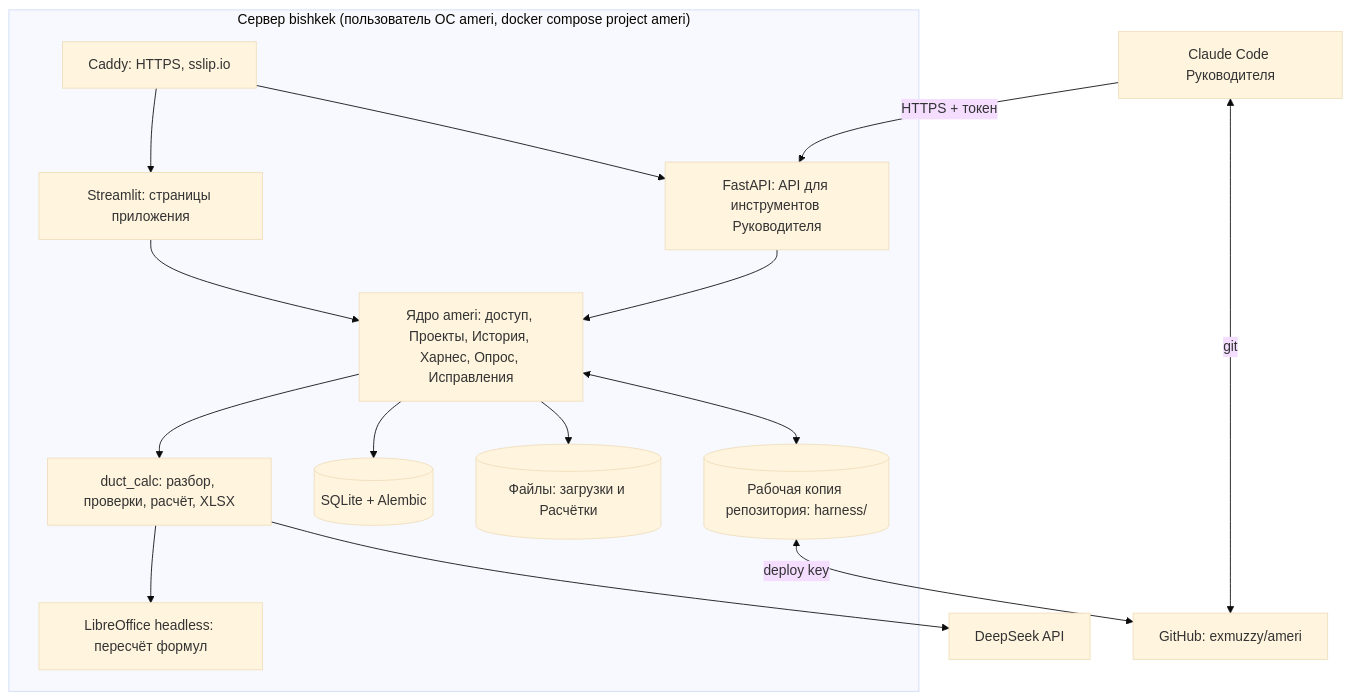
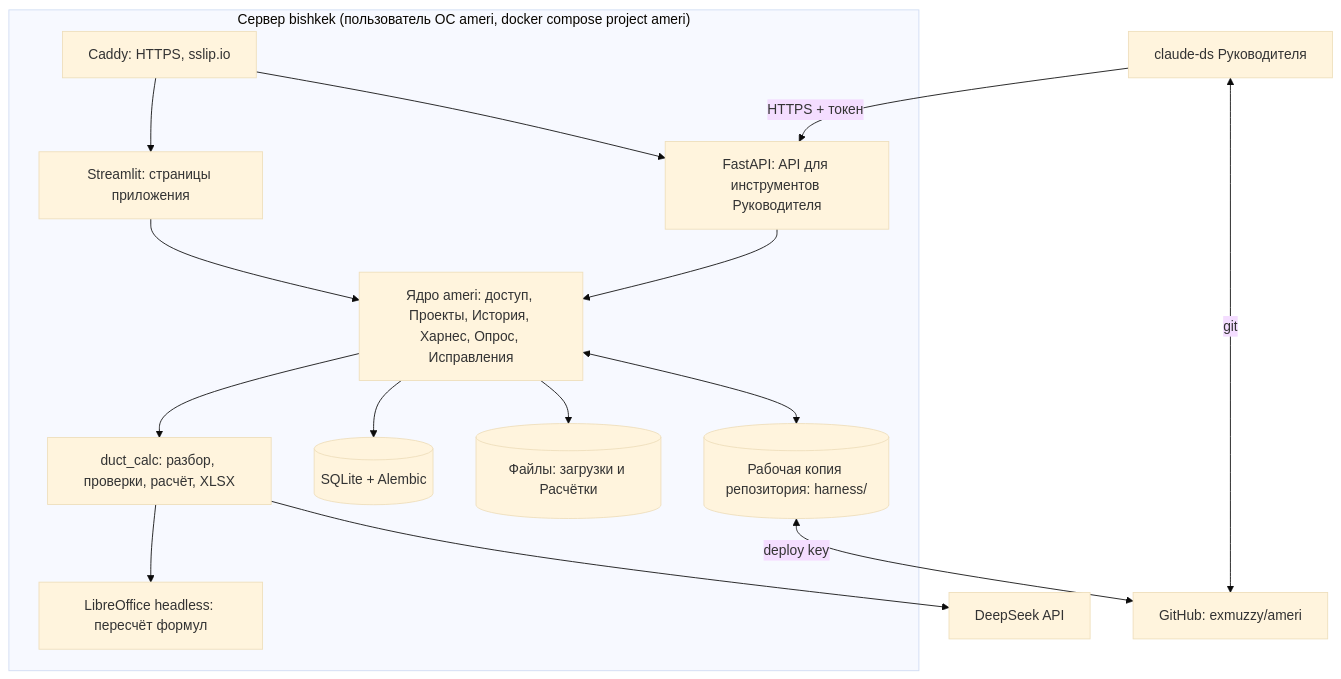
The first of 2 diagrams in docs/plan.md (exmuzzy/ameri), drawn with Mermaid (base theme) before and after one commit. The commit also changed other lines of this file and 3 other files, not shown here.

First line of the commit message:
Name the DeepSeek-backed Claude Code claude-ds and describe the duct calc in README

````diff
--- a/docs/plan.md
+++ b/docs/plan.md
@@ -39,31 +39,31 @@
 ```mermaid
 flowchart TB
     subgraph bishkek["Сервер bishkek (пользователь ОС ameri, docker compose project ameri)"]
         PROXY[Caddy: HTTPS, sslip.io]
         UI[Streamlit: страницы приложения]
         API[FastAPI: API для инструментов Руководителя]
         CORE[Ядро ameri: доступ, Проекты, История, Харнес, Опрос, Исправления]
         DC[duct_calc: разбор, проверки, расчёт, XLSX]
         LO[LibreOffice headless: пересчёт формул]
         DB[(SQLite + Alembic)]
         FS[(Файлы: загрузки и Расчётки)]
         GIT[(Рабочая копия репозитория: harness/)]
     end
     DS[DeepSeek API]
     GH[GitHub: exmuzzy/ameri]
-    LEAD[Claude Code Руководителя]
+    LEAD[claude-ds Руководителя]
 
     PROXY --> UI
     PROXY --> API
     UI --> CORE
     API --> CORE
     CORE --> DC
     DC --> LO
     CORE --> DB
     CORE --> FS
     CORE <--> GIT
     DC --> DS
     GIT <-->|deploy key| GH
     LEAD -->|HTTPS + токен| API
     LEAD <-->|git| GH
 ```
````
